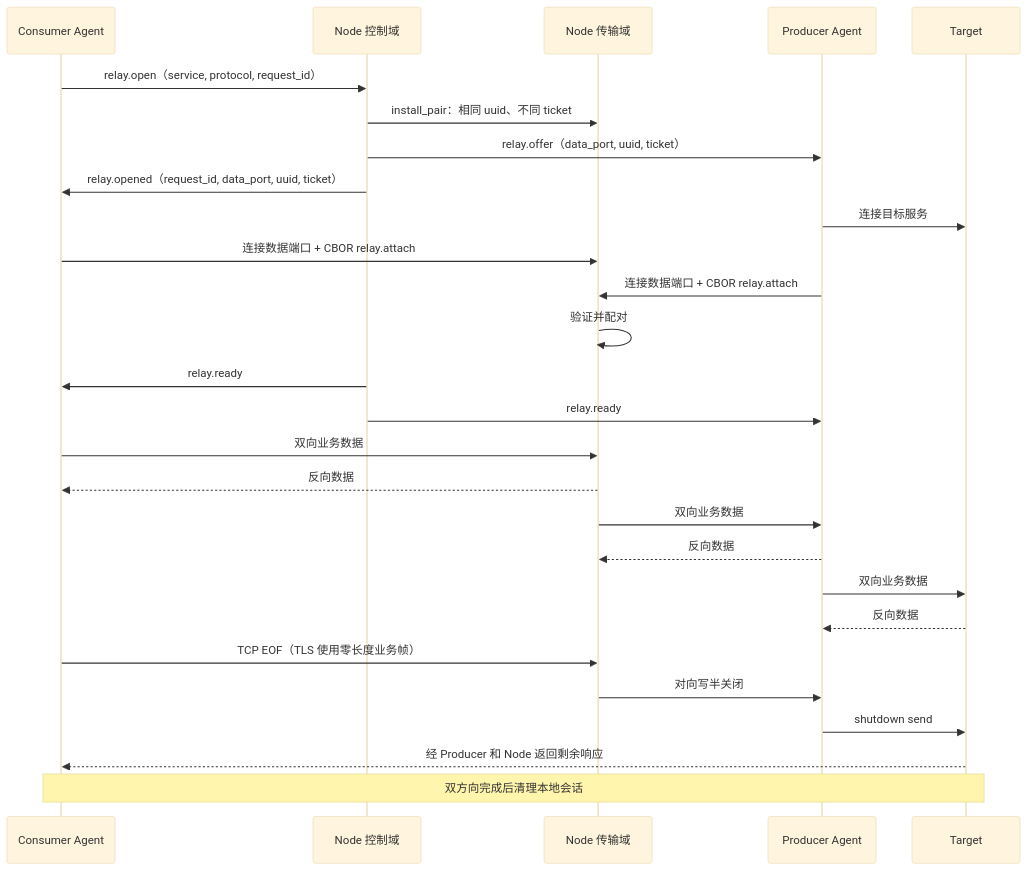
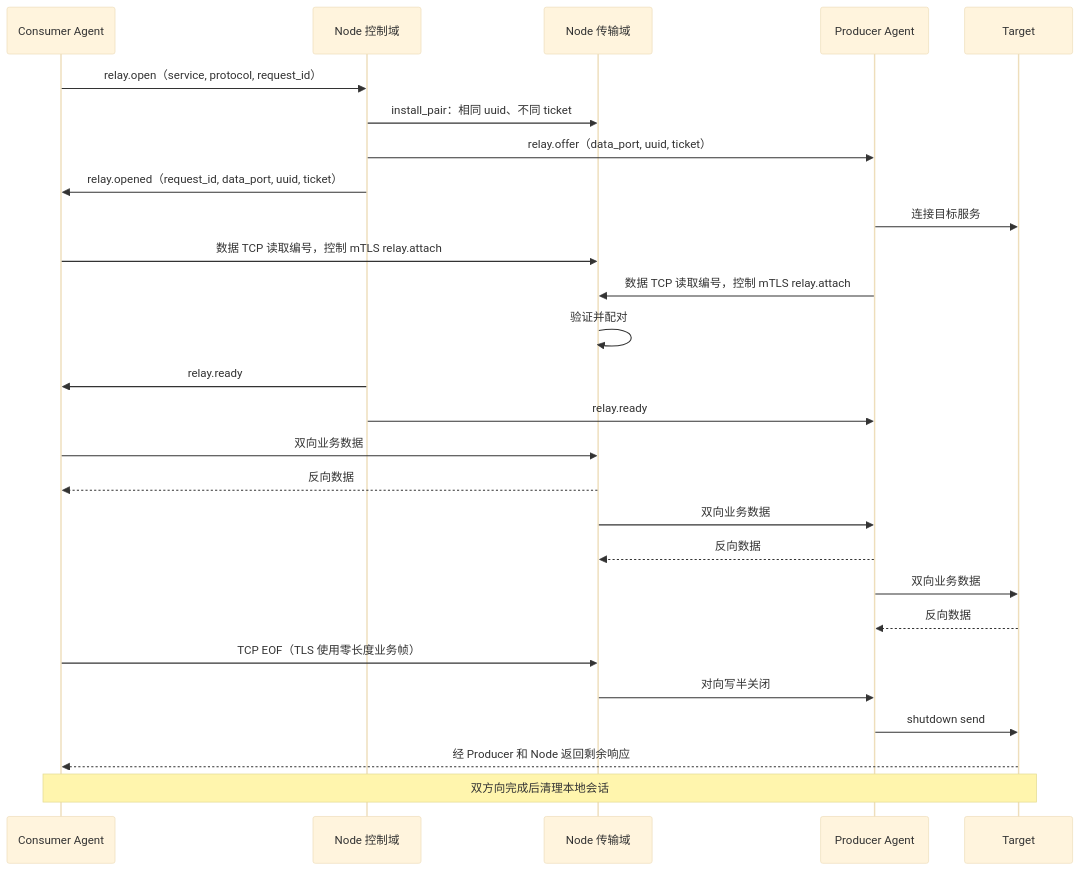
One commit to Xtinc/relayweave changed diagram 18 of 20 in docs/RelayWeave设计.md. Above: the diagram before and after it, drawn with Mermaid (base theme). The commit also changed other lines of this file and 62 other files, not shown here.

````diff
--- a/docs/RelayWeave设计.md
+++ b/docs/RelayWeave设计.md
@@ -1210,29 +1219,29 @@
 ```mermaid
 sequenceDiagram
     participant C as Consumer Agent
     participant N as Node 控制域
     participant D as Node 传输域
     participant P as Producer Agent
     participant T as Target
     C->>N: relay.open（service, protocol, request_id）
     N->>D: install_pair：相同 uuid、不同 ticket
     N->>P: relay.offer（data_port, uuid, ticket）
     N->>C: relay.opened（request_id, data_port, uuid, ticket）
     P->>T: 连接目标服务
-    C->>D: 连接数据端口 + CBOR relay.attach
-    P->>D: 连接数据端口 + CBOR relay.attach
+    C->>D: 数据 TCP 读取编号，控制 mTLS relay.attach
+    P->>D: 数据 TCP 读取编号，控制 mTLS relay.attach
     D->>D: 验证并配对
     N->>C: relay.ready
     N->>P: relay.ready
     C->>D: 双向业务数据
     D-->>C: 反向数据
     D->>P: 双向业务数据
     P-->>D: 反向数据
     P->>T: 双向业务数据
     T-->>P: 反向数据
     C->>D: TCP EOF（TLS 使用零长度业务帧）
     D->>P: 对向写半关闭
     P->>T: shutdown send
     T-->>C: 经 Producer 和 Node 返回剩余响应
     Note over C,T: 双方向完成后清理本地会话
 ```
````
